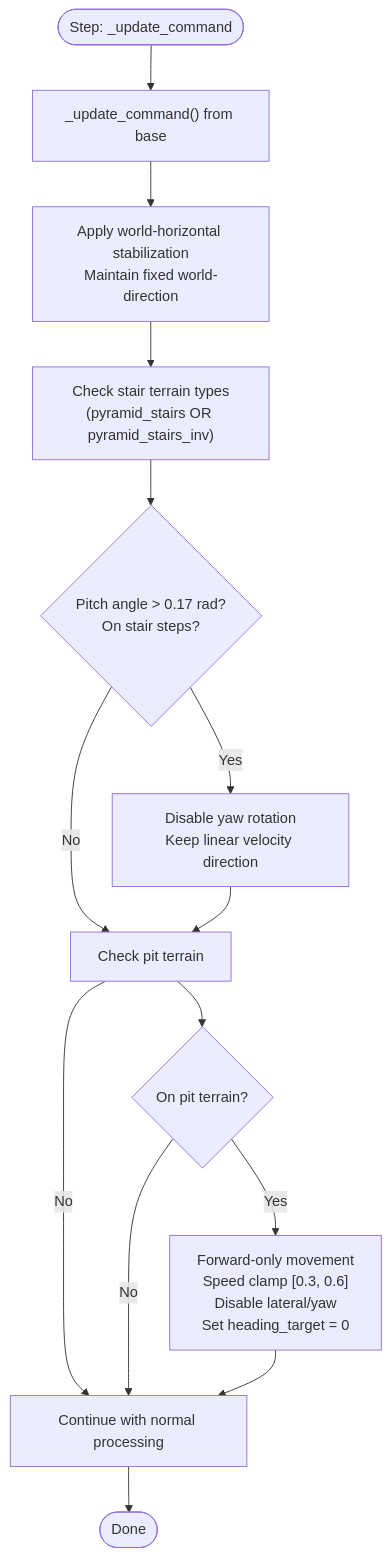
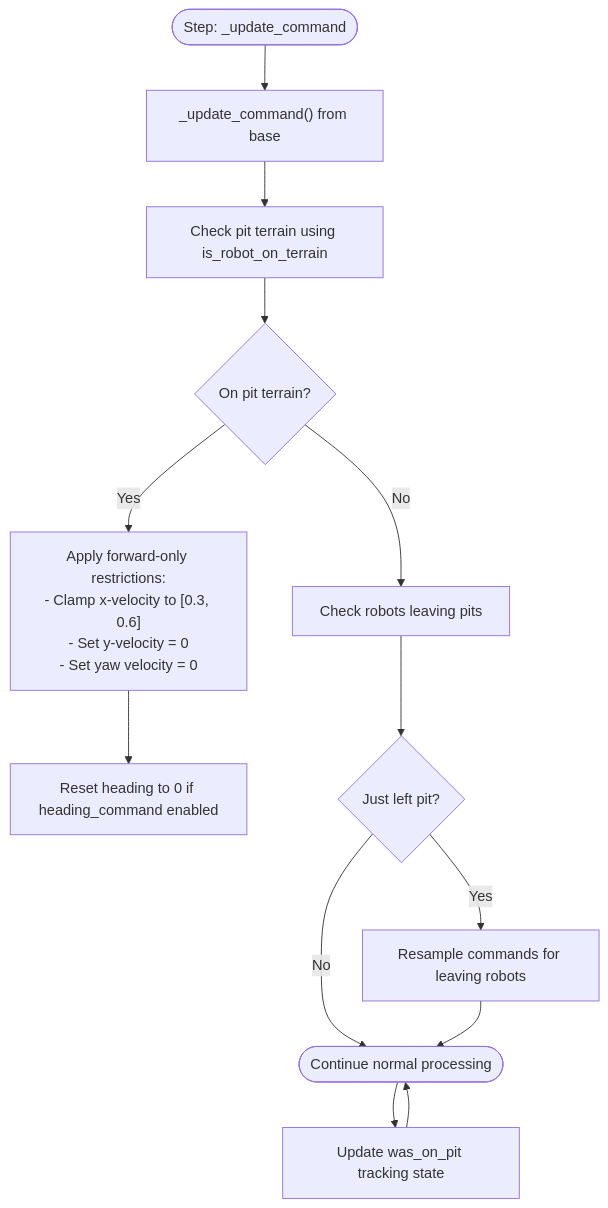
One commit to jayjayhust/robot_lab changed the third of 4 diagrams in .qoder/repowiki/en/content/Task Configuration Framework/Velocity-Based Locomotion Tasks/Command Generation and Tracking.md. Above: the diagram before and after it, drawn with Mermaid. The commit also changed other lines of this file and 10 other files, not shown here.

````diff
--- a/.qoder/repowiki/en/content/Task Configuration Framework/Velocity-Based Locomotion Tasks/Command Generation and Tracking.md
+++ b/.qoder/repowiki/en/content/Task Configuration Framework/Velocity-Based Locomotion Tasks/Command Generation and Tracking.md
@@ -167,16 +145,15 @@
 ```mermaid
 flowchart TD
 Start(["Step: _update_command"]) --> Parent["_update_command() from base"]
-Parent --> WorldStabilize["Apply world-horizontal stabilization<br/>Maintain fixed world-direction"]
-WorldStabilize --> StairCheck["Check stair terrain types<br/>(pyramid_stairs OR pyramid_stairs_inv)"]
-StairCheck --> StairSteps{"Pitch angle > 0.17 rad?<br/>On stair steps?"}
-StairSteps --> |Yes| DisableYaw["Disable yaw rotation<br/>Keep linear velocity direction"]
-StairSteps --> |No| PitCheck["Check pit terrain"]
-DisableYaw --> PitCheck
-PitCheck --> Pit{"On pit terrain?"}
-PitCheck --> |No| Continue["Continue with normal processing"]
-Pit --> |Yes| Restrict["Forward-only movement<br/>Speed clamp [0.3, 0.6]<br/>Disable lateral/yaw<br/>Set heading_target = 0"]
-Pit --> |No| Continue
-Restrict --> Continue
-Continue --> End(["Done"])
+Parent --> TerrainCheck["Check pit terrain using is_robot_on_terrain"]
+TerrainCheck --> PitDetected{"On pit terrain?"}
+PitDetected --> |Yes| ForwardOnly["Apply forward-only restrictions:<br/>- Clamp x-velocity to [0.3, 0.6]<br/>- Set y-velocity = 0<br/>- Set yaw velocity = 0"]
+ForwardOnly --> HeadingReset["Reset heading to 0 if heading_command enabled"]
+PitDetected --> |No| TransitionCheck["Check robots leaving pits"]
+TransitionCheck --> LeftPit{"Just left pit?"}
+LeftPit --> |Yes| Resample["Resample commands for leaving robots"]
+LeftPit --> |No| End(["Continue normal processing"])
+Resample --> End
+End --> StateUpdate["Update was_on_pit tracking state"]
+StateUpdate --> End
 ```
````
